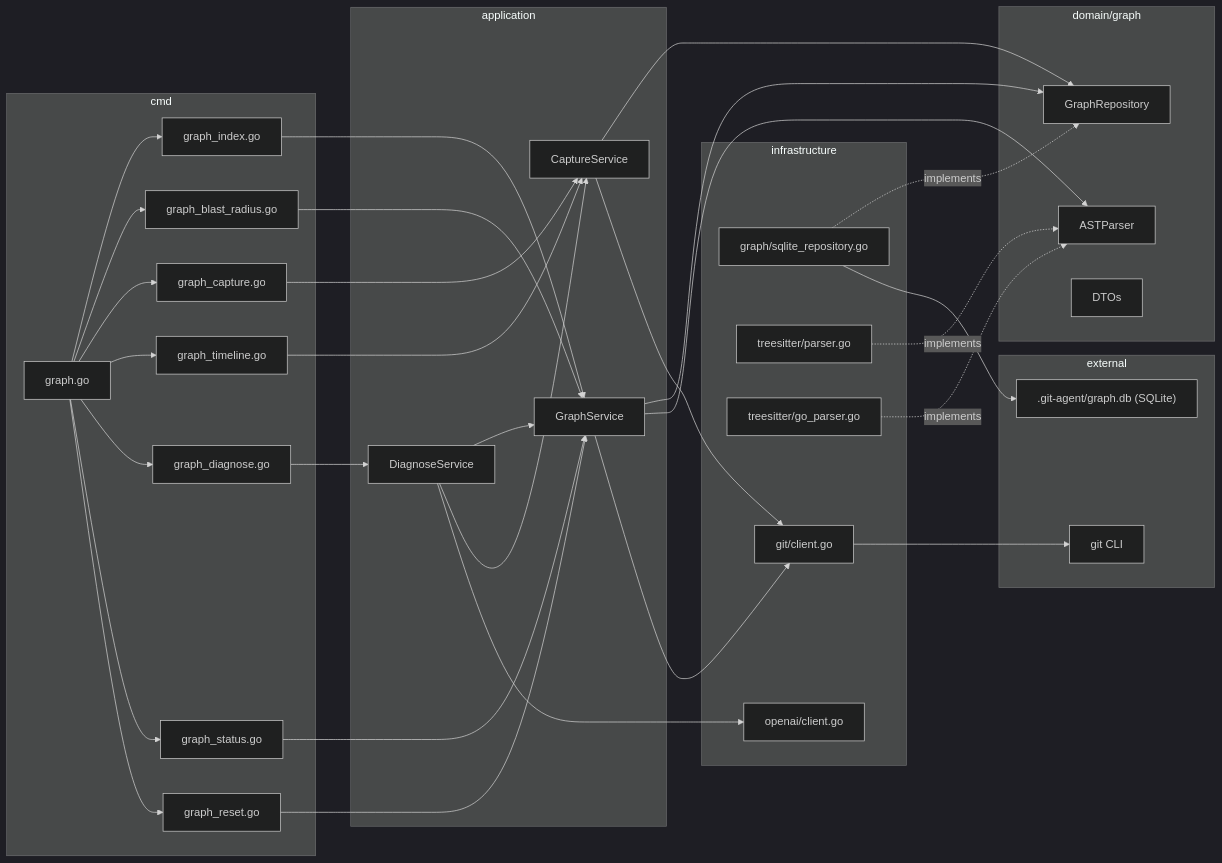
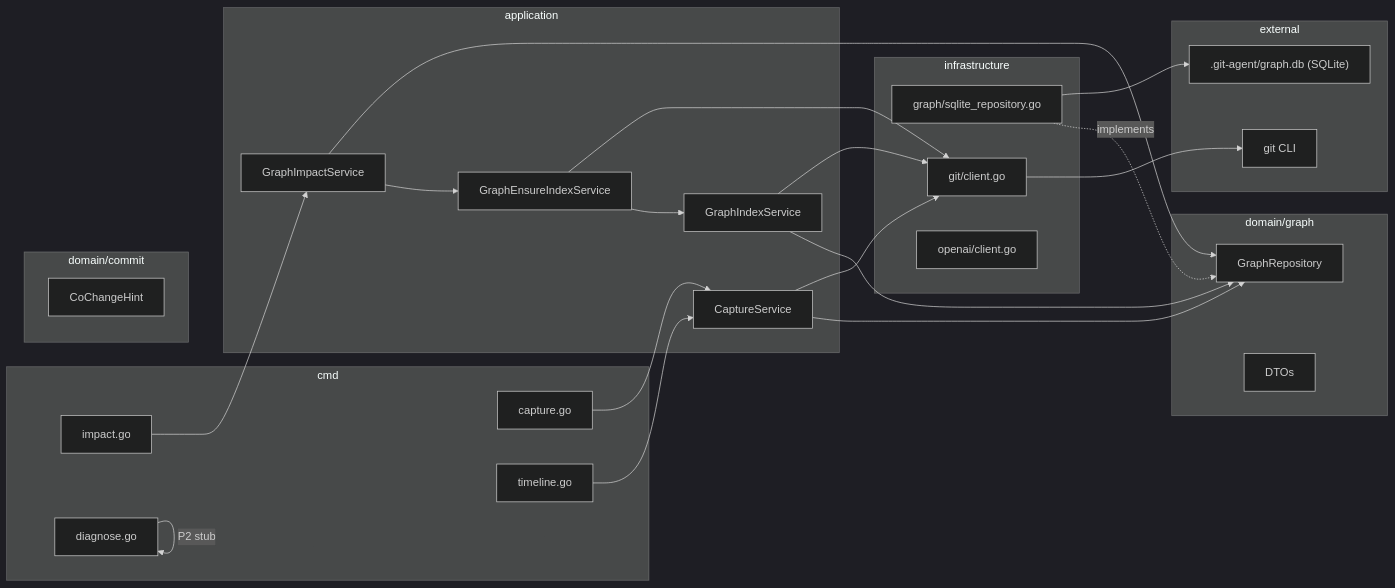
The diagram in docs/plans/2026-04-02-code-graph-design/architecture.md (GitAgentHQ/git-agent-cli), drawn with Mermaid (dark theme) before and after one commit. The commit also changed other lines of this file and 57 other files, not shown here.

First line of the commit message:
docs: update code graph design and planning docs

````diff
--- a/docs/plans/2026-04-02-code-graph-design/architecture.md
+++ b/docs/plans/2026-04-02-code-graph-design/architecture.md
@@ -578,53 +452,50 @@
 ```mermaid
 graph LR
     subgraph cmd
-        G[graph.go]
-        GI[graph_index.go]
-        GBR[graph_blast_radius.go]
-        GC[graph_capture.go]
-        GTL[graph_timeline.go]
-        GDX[graph_diagnose.go]
-        GS[graph_status.go]
-        GR[graph_reset.go]
+        IMP[impact.go]
+        CAP[capture.go]
+        TL[timeline.go]
+        DGN[diagnose.go]
     end
 
     subgraph application
-        SVC[GraphService]
-        CAP[CaptureService]
-        DGN[DiagnoseService]
+        IDX[GraphIndexService]
+        ENS[GraphEnsureIndexService]
+        IQ[GraphImpactService]
+        CAPSVC[CaptureService]
     end
 
     subgraph domain/graph
         REPO[GraphRepository]
-        AST[ASTParser]
         DTO[DTOs]
+    end
+
+    subgraph domain/commit
+        CHT[CoChangeHint]
     end
 
     subgraph infrastructure
         SQL[graph/sqlite_repository.go]
-        TS[treesitter/parser.go]
-        GOAST[treesitter/go_parser.go]
         GIT[git/client.go]
         LLM[openai/client.go]
     end
 
     subgraph external
         DB[".git-agent/graph.db (SQLite)"]
         GITCLI[git CLI]
     end
 
-    G --> GI & GBR & GC & GTL & GDX & GS & GR
-    GI & GBR & GS & GR --> SVC
-    GC & GTL --> CAP
-    GDX --> DGN
-    DGN --> SVC & CAP & LLM
-    SVC --> REPO & AST
-    CAP --> REPO
+    IMP --> IQ
+    CAP & TL --> CAPSVC
+    DGN -->|P2 stub| DGN
+    IQ --> ENS --> IDX
+    IDX --> REPO
+    IQ --> REPO
+    CAPSVC --> REPO
     SQL -.implements.-> REPO
-    TS -.implements.-> AST
-    GOAST -.implements.-> AST
-    SVC --> GIT
-    CAP --> GIT
+    IDX --> GIT
+    ENS --> GIT
+    CAPSVC --> GIT
     SQL --> DB
     GIT --> GITCLI
 ```
````
